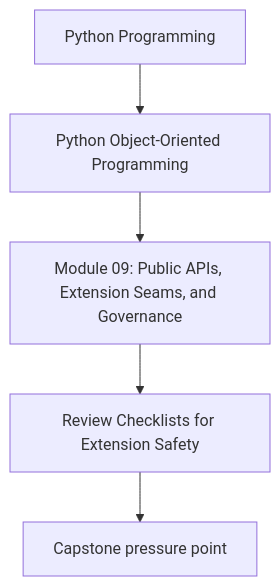
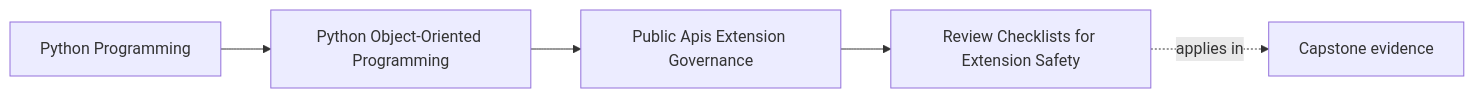
One commit to bijux/bijux-masterclass changed the first of 2 diagrams in programs/python-programming/python-object-oriented-programming/course-book/module-09-public-apis-extension-governance/review-checklists-for-extension-safety.md. Above: the diagram before and after it, drawn with Mermaid. The commit also changed other lines of this file and 103 other files, not shown here.

Commit message:
docs(python-object-oriented-programming): map sustainment and capstone surfaces

````diff
--- a/programs/python-programming/python-object-oriented-programming/course-book/module-09-public-apis-extension-governance/review-checklists-for-extension-safety.md
+++ b/programs/python-programming/python-object-oriented-programming/course-book/module-09-public-apis-extension-governance/review-checklists-for-extension-safety.md
@@ -7,7 +7,11 @@
 ```mermaid
-flowchart TD
-  family["Python Programming"] --> program["Python Object-Oriented Programming"]
-  program --> module["Module 09: Public APIs, Extension Seams, and Governance"]
-  module --> concept["Review Checklists for Extension Safety"]
-  concept --> capstone["Capstone pressure point"]
+graph LR
+  family["Python Programming"]
+  program["Python Object-Oriented Programming"]
+  section["Public Apis Extension Governance"]
+  page["Review Checklists for Extension Safety"]
+  capstone["Capstone evidence"]
+
+  family --> program --> section --> page
+  page -.applies in.-> capstone
 ```
````
